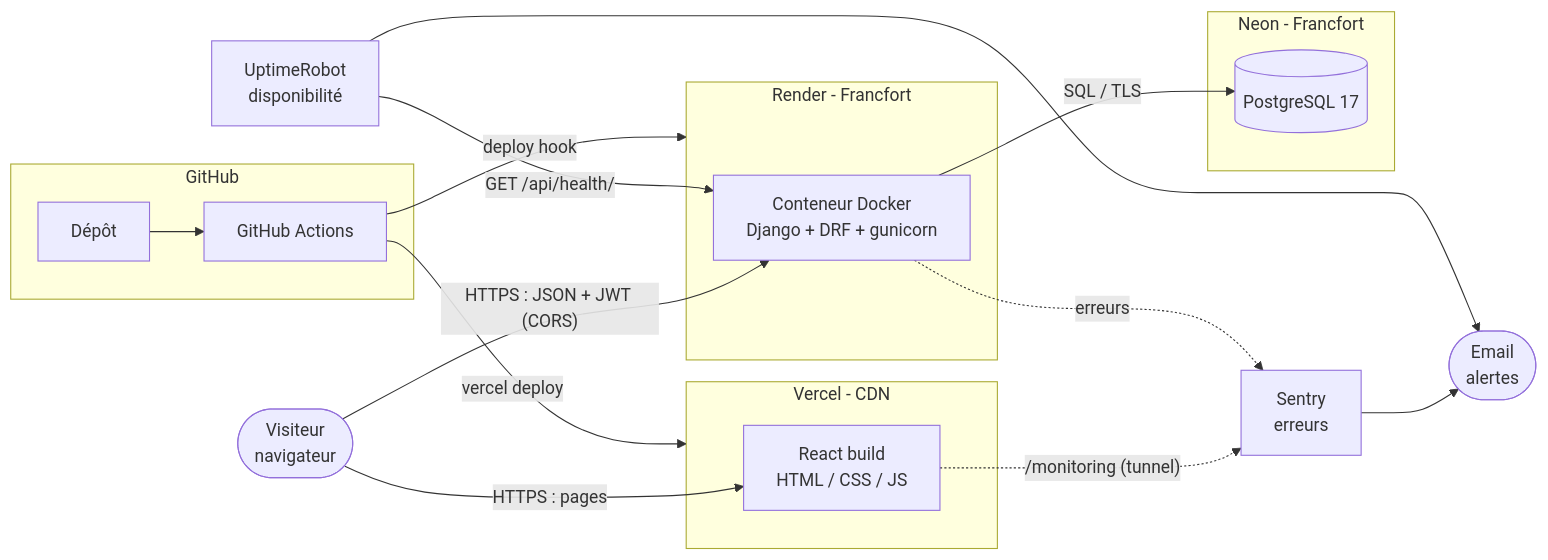
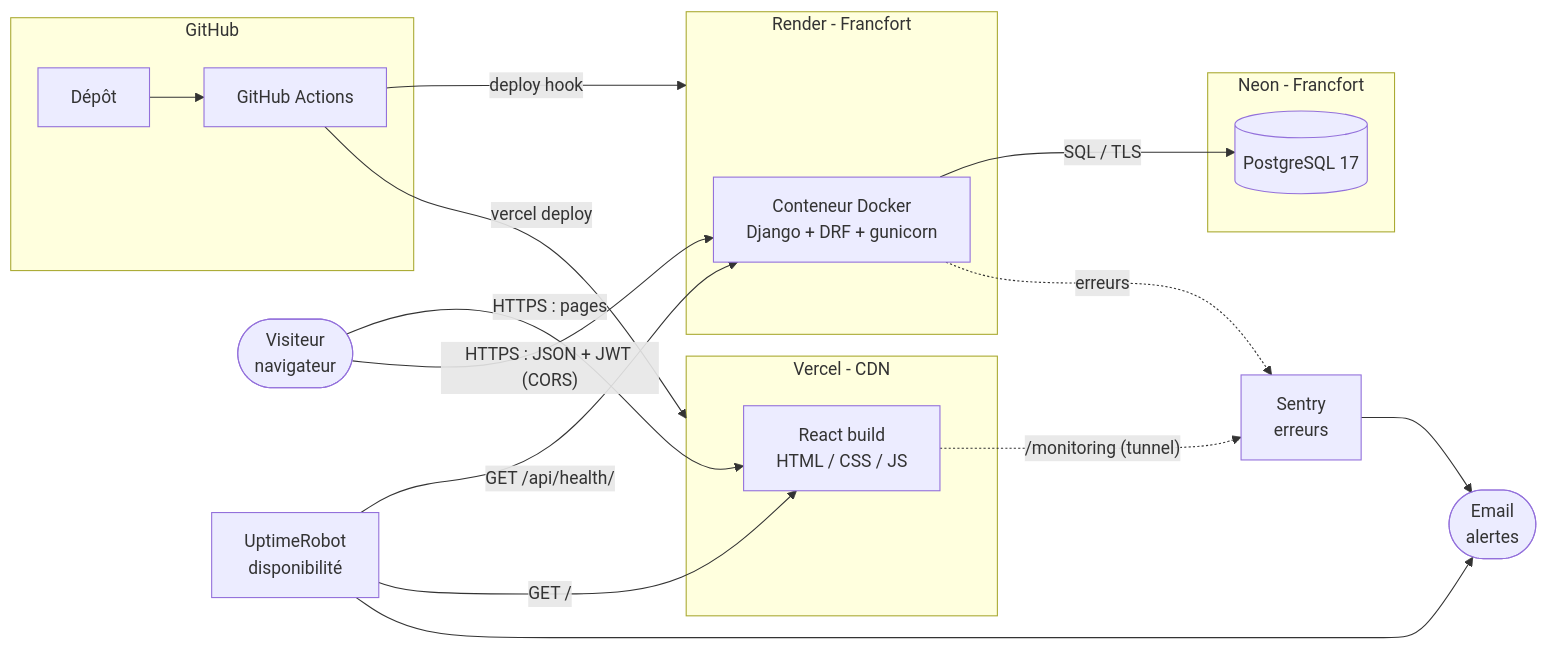
The second of 2 diagrams in docs/REX.md (logandndy/weeb_Logan_donday), drawn with Mermaid before and after one commit. The commit also changed other lines of this file and 3 other files, not shown here.

````diff
--- a/docs/REX.md
+++ b/docs/REX.md
@@ -266,37 +266,38 @@
 ```mermaid
 flowchart LR
     user([Visiteur<br/>navigateur])
 
     subgraph vercel [Vercel - CDN]
         front[React build<br/>HTML / CSS / JS]
     end
 
     subgraph render [Render - Francfort]
         api[Conteneur Docker<br/>Django + DRF + gunicorn]
     end
 
     subgraph neon [Neon - Francfort]
         db[(PostgreSQL 17)]
     end
 
     subgraph github [GitHub]
         repo[Dépôt]
         actions[GitHub Actions]
     end
 
     sentry[Sentry<br/>erreurs]
     uptime[UptimeRobot<br/>disponibilité]
     mail([Email<br/>alertes])
 
     user -- "HTTPS : pages" --> front
     user -- "HTTPS : JSON + JWT (CORS)" --> api
     front -. "/monitoring (tunnel)" .-> sentry
     api -- "SQL / TLS" --> db
     api -. erreurs .-> sentry
     uptime -- "GET /api/health/" --> api
+    uptime -- "GET /" --> front
     sentry --> mail
     uptime --> mail
     repo --> actions
     actions -- "deploy hook" --> render
     actions -- "vercel deploy" --> vercel
 ```
````
